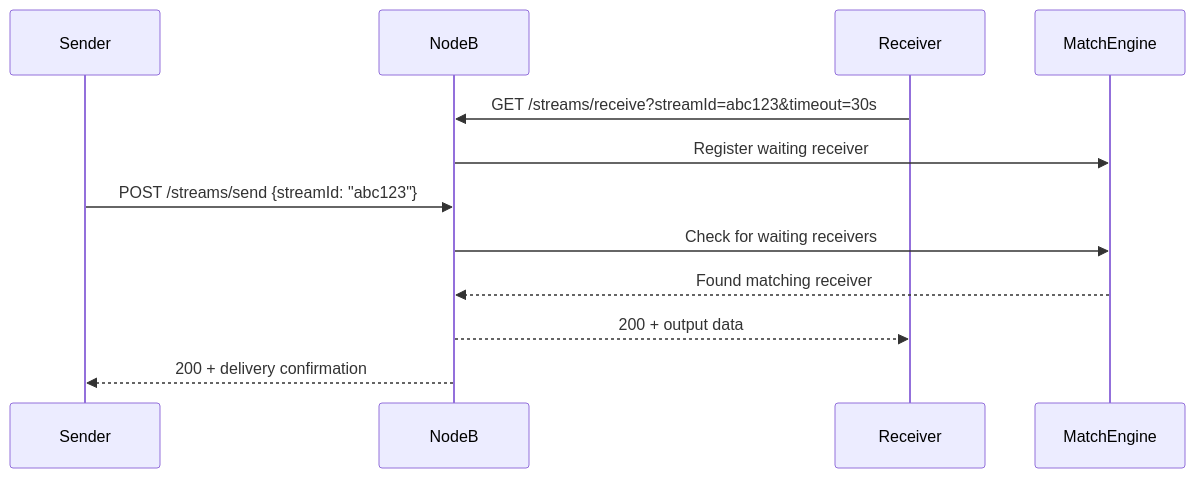
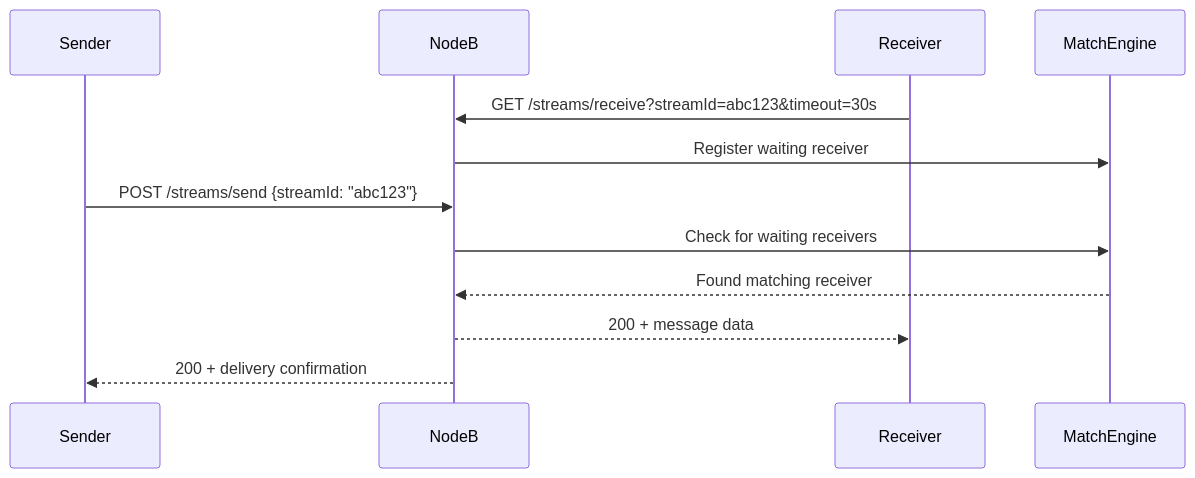
The third of 3 diagrams in docs/system-design.md (iworkflowio/ipubsub), drawn with Mermaid before and after one commit. The commit also changed other lines of this file and 41 other files, not shown here.

````diff
--- a/docs/system-design.md
+++ b/docs/system-design.md
@@ -85,15 +85,15 @@
 ```mermaid
 sequenceDiagram
     participant Sender
     participant NodeB
     participant Receiver
     participant MatchEngine
     
     Receiver->>NodeB: GET /streams/receive?streamId=abc123&timeout=30s
     NodeB->>MatchEngine: Register waiting receiver
     Sender->>NodeB: POST /streams/send {streamId: "abc123"}
     NodeB->>MatchEngine: Check for waiting receivers
     MatchEngine-->>NodeB: Found matching receiver
-    NodeB-->>Receiver: 200 + output data
+    NodeB-->>Receiver: 200 + message data
     NodeB-->>Sender: 200 + delivery confirmation
 ```
````
